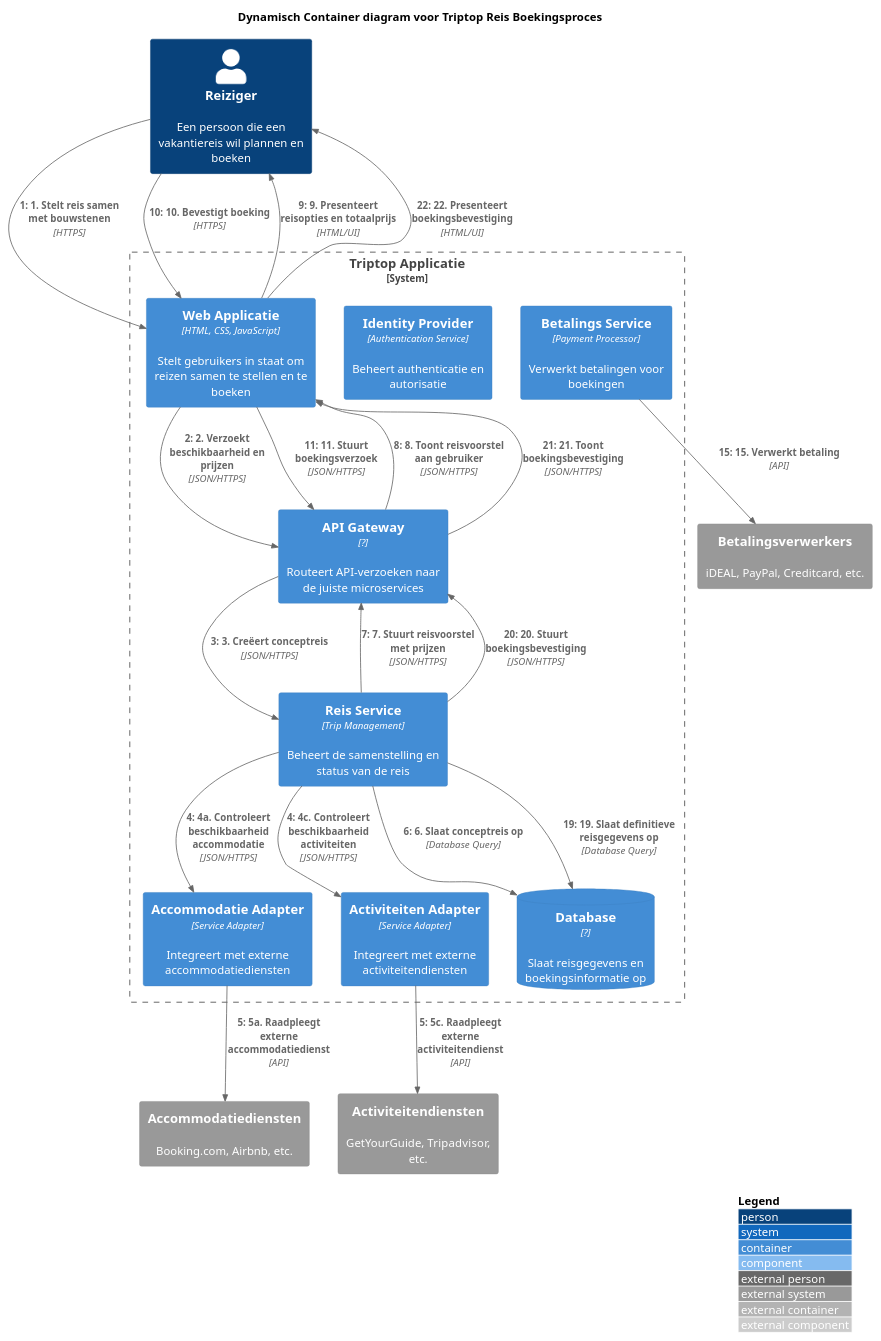
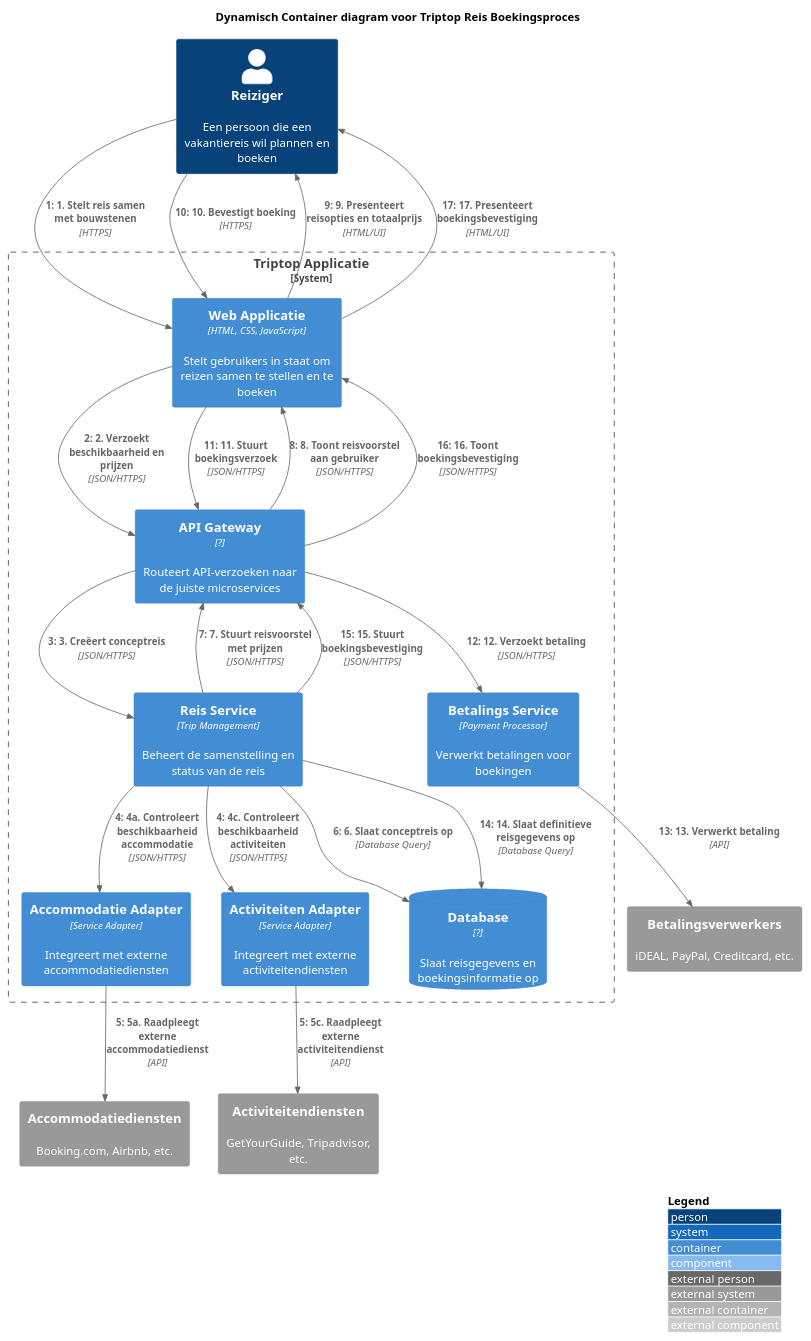
Before and after one commit to AIM-ENE-feb25/triptop-groep-5: the diagram in oefeningen/boekreiscontainer.puml, drawn with PlantUML. The commit also changed 1 other file, not shown here.

```diff
--- a/oefeningen/boekreiscontainer.puml
+++ b/oefeningen/boekreiscontainer.puml
@@ -1,56 +1,54 @@
 @startuml "Triptop Reisboeken - Dynamisch Container Diagram"
 !include https://raw.githubusercontent.com/plantuml-stdlib/C4-PlantUML/master/C4_Container.puml
 !include https://raw.githubusercontent.com/plantuml-stdlib/C4-PlantUML/master/C4_Dynamic.puml
 
 LAYOUT_WITH_LEGEND()
 
 title Dynamisch Container diagram voor Triptop Reis Boekingsproces
 
 Person(reiziger, "Reiziger", "Een persoon die een vakantiereis wil plannen en boeken")
 
 System_Boundary(triptopSysteem, "Triptop Applicatie") {
     Container(webApp, "Web Applicatie", "HTML, CSS, JavaScript", "Stelt gebruikers in staat om reizen samen te stellen en te boeken")
 
     Container(apiGateway, "API Gateway", "?", "Routeert API-verzoeken naar de juiste microservices")
-
-    Container(identityProvider, "Identity Provider", "Authentication Service", "Beheert authenticatie en autorisatie")
-
     Container(tripService, "Reis Service", "Trip Management", "Beheert de samenstelling en status van de reis")
 
     Container(accommodationAdapter, "Accommodatie Adapter", "Service Adapter", "Integreert met externe accommodatiediensten")
     Container(activityAdapter, "Activiteiten Adapter", "Service Adapter", "Integreert met externe activiteitendiensten")
     Container(paymentService, "Betalings Service", "Payment Processor", "Verwerkt betalingen voor boekingen")
 
     ContainerDb(database, "Database", "?", "Slaat reisgegevens en boekingsinformatie op")
 }
 
 System_Ext(bookingExternal, "Accommodatiediensten", "Booking.com, Airbnb, etc.")
 System_Ext(activityExternal, "Activiteitendiensten", "GetYourGuide, Tripadvisor, etc.")
 System_Ext(paymentExternal, "Betalingsverwerkers", "iDEAL, PayPal, Creditcard, etc.")
 
 ' Dynamische interacties voor het boekingsproces
 RelIndex(1, reiziger, webApp, "1. Stelt reis samen met bouwstenen", "HTTPS")
 RelIndex(2, webApp, apiGateway, "2. Verzoekt beschikbaarheid en prijzen", "JSON/HTTPS")
 RelIndex(3, apiGateway, tripService, "3. Creëert conceptreis", "JSON/HTTPS")
 
 RelIndex(4, tripService, accommodationAdapter, "4a. Controleert beschikbaarheid accommodatie", "JSON/HTTPS")
 RelIndex(4, tripService, activityAdapter, "4c. Controleert beschikbaarheid activiteiten", "JSON/HTTPS")
 
 RelIndex(5, accommodationAdapter, bookingExternal, "5a. Raadpleegt externe accommodatiedienst", "API")
 RelIndex(5, activityAdapter, activityExternal, "5c. Raadpleegt externe activiteitendienst", "API")
 
 RelIndex(6, tripService, database, "6. Slaat conceptreis op", "Database Query")
 RelIndex(7, tripService, apiGateway, "7. Stuurt reisvoorstel met prijzen", "JSON/HTTPS")
 RelIndex(8, apiGateway, webApp, "8. Toont reisvoorstel aan gebruiker", "JSON/HTTPS")
 RelIndex(9, webApp, reiziger, "9. Presenteert reisopties en totaalprijs", "HTML/UI")
 
 RelIndex(10, reiziger, webApp, "10. Bevestigt boeking", "HTTPS")
 RelIndex(11, webApp, apiGateway, "11. Stuurt boekingsverzoek", "JSON/HTTPS")
-RelIndex(15, paymentService, paymentExternal, "15. Verwerkt betaling", "API")
+RelIndex(12, apiGateway, paymentService, "12. Verzoekt betaling", "JSON/HTTPS")
+RelIndex(13, paymentService, paymentExternal, "13. Verwerkt betaling", "API")
 
-RelIndex(19, tripService, database, "19. Slaat definitieve reisgegevens op", "Database Query")
-RelIndex(20, tripService, apiGateway, "20. Stuurt boekingsbevestiging", "JSON/HTTPS")
-RelIndex(21, apiGateway, webApp, "21. Toont boekingsbevestiging", "JSON/HTTPS")
-RelIndex(22, webApp, reiziger, "22. Presenteert boekingsbevestiging", "HTML/UI")
+RelIndex(14, tripService, database, "14. Slaat definitieve reisgegevens op", "Database Query")
+RelIndex(15, tripService, apiGateway, "15. Stuurt boekingsbevestiging", "JSON/HTTPS")
+RelIndex(16, apiGateway, webApp, "16. Toont boekingsbevestiging", "JSON/HTTPS")
+RelIndex(17, webApp, reiziger, "17. Presenteert boekingsbevestiging", "HTML/UI")
 
 @enduml
```
